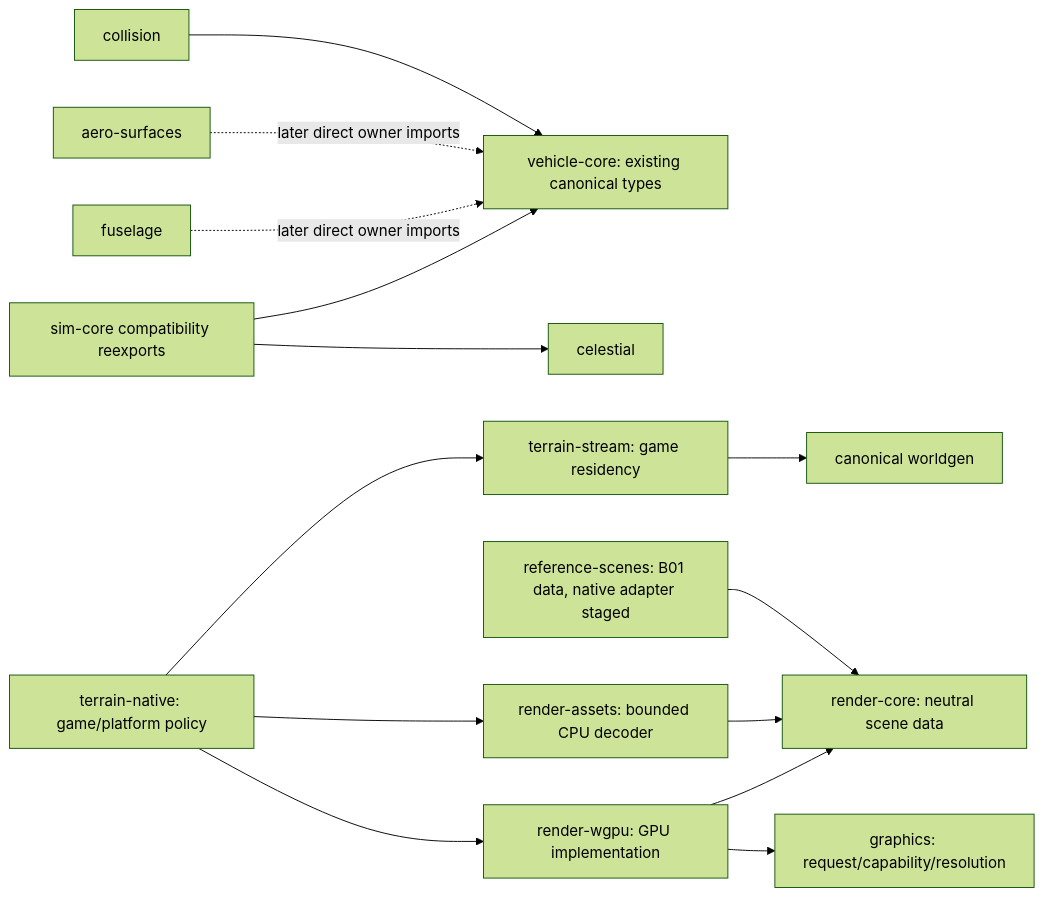
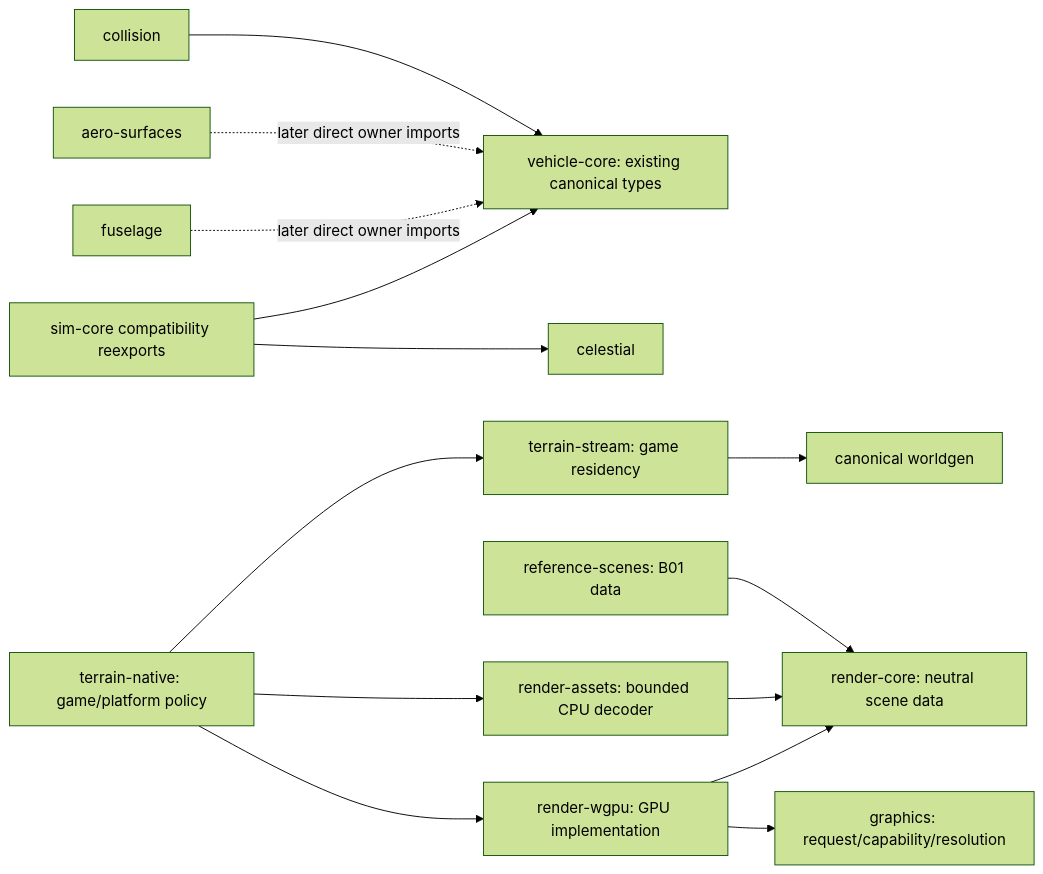
One commit to Mar2ianen/project-thessa changed the second of 2 diagrams in docs/88_ENGINE_BOUNDARIES_AND_REFERENCE_SCENES.md. Above: the diagram before and after it, drawn with Mermaid (forest theme). The commit also changed other lines of this file and 17 other files, not shown here.

````diff
--- a/docs/88_ENGINE_BOUNDARIES_AND_REFERENCE_SCENES.md
+++ b/docs/88_ENGINE_BOUNDARIES_AND_REFERENCE_SCENES.md
@@ -206,16 +206,16 @@
 ```mermaid
 flowchart LR
   collision --> vehicle[vehicle-core: existing canonical types]
   aero[aero-surfaces] -. later direct owner imports .-> vehicle
   fuselage -. later direct owner imports .-> vehicle
   sim[sim-core compatibility reexports] --> vehicle
   sim --> celestial
   native[terrain-native: game/platform policy] --> stream[terrain-stream: game residency]
   stream --> worldgen[canonical worldgen]
   native --> renderer[render-wgpu: GPU implementation]
   native --> assets[render-assets: bounded CPU decoder]
-  scenes[reference-scenes: B01 data, native adapter staged] --> core[render-core: neutral scene data]
+  scenes[reference-scenes: B01 data] --> core[render-core: neutral scene data]
   assets --> core
   renderer --> core
   renderer --> graphics[graphics: request/capability/resolution]
 ```
````
